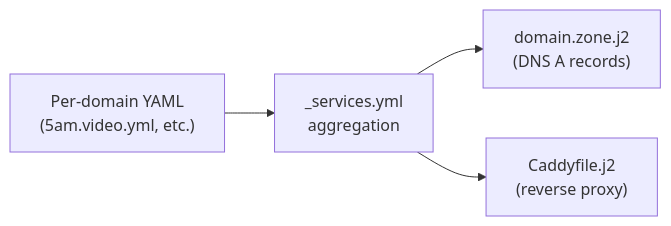
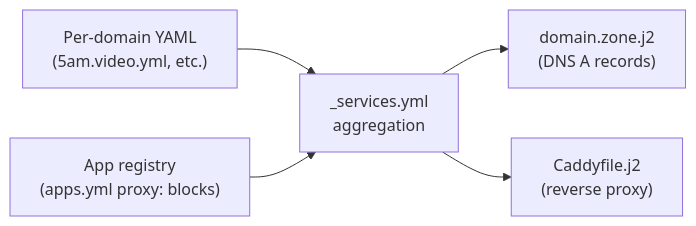
One commit to sfcal/homelab changed the third of 3 diagrams in docs/infrastructure/networking/index.md. Above: the diagram before and after it, drawn with Mermaid. The commit also changed other lines of this file and 66 other files, not shown here.

````diff
--- a/docs/infrastructure/networking/index.md
+++ b/docs/infrastructure/networking/index.md
@@ -91,6 +91,7 @@
 ```mermaid
 graph LR
     A["Per-domain YAML\n(5am.video.yml, etc.)"] --> B["_services.yml\naggregation"]
+    R["App registry\n(apps.yml proxy: blocks)"] --> B
     B --> C["domain.zone.j2\n(DNS A records)"]
     B --> D["Caddyfile.j2\n(reverse proxy)"]
 ```
````
